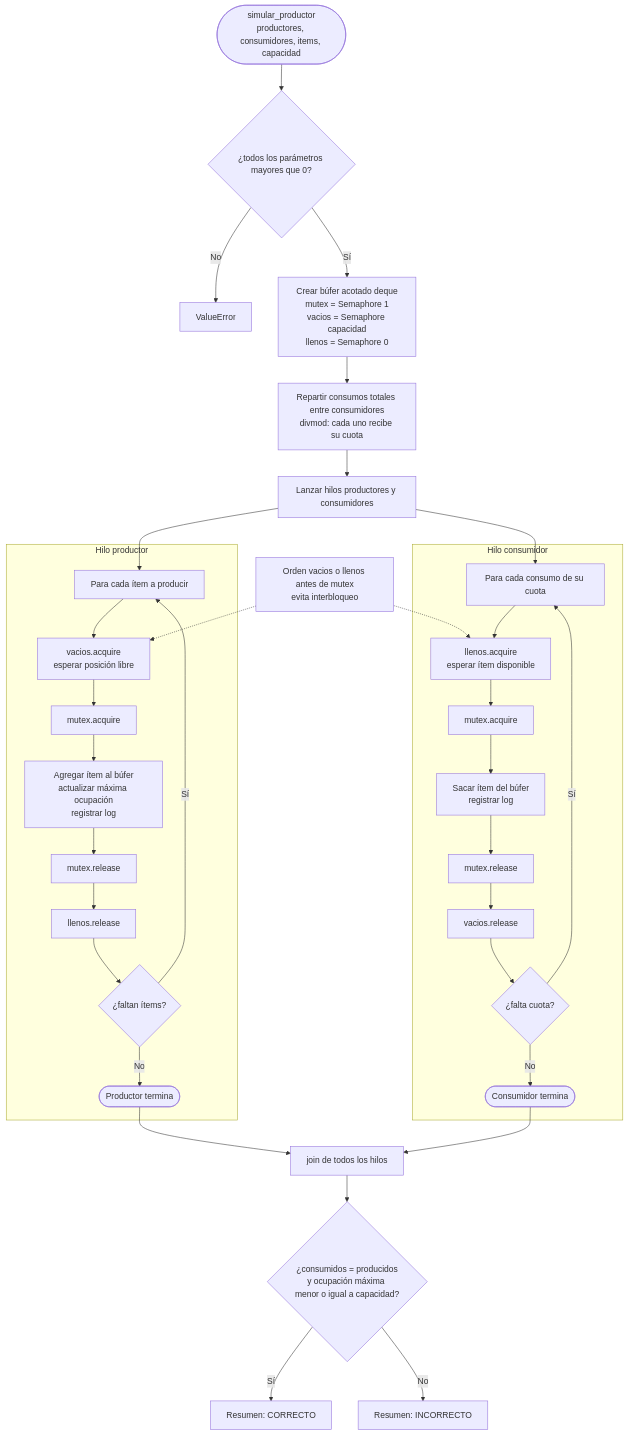
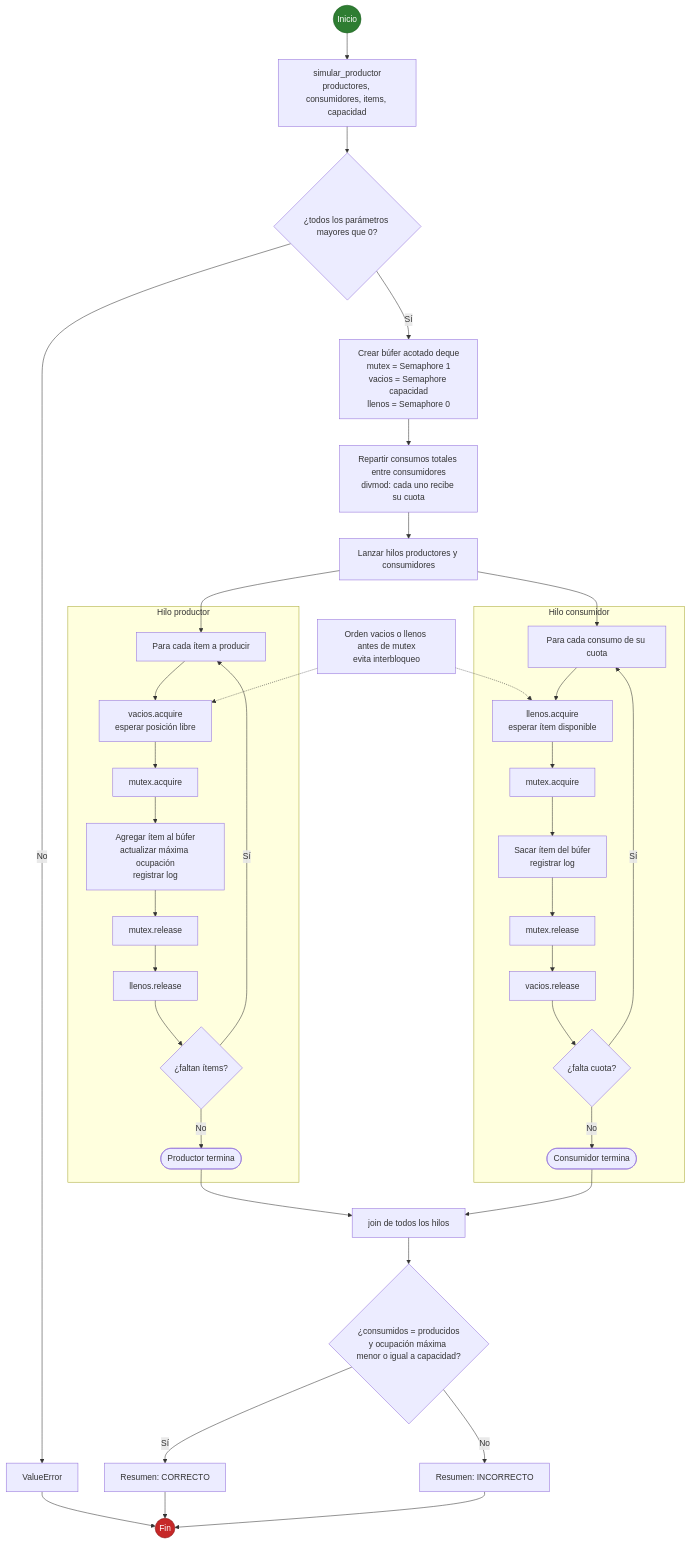
Before and after one commit to mjoacobf/SI421V_SW407V_Proyecto: the diagram in docs/flujogramas/12_productor_consumidor.mmd, drawn with Mermaid. The commit also changed 24 other files, not shown here.

```diff
--- a/docs/flujogramas/12_productor_consumidor.mmd
+++ b/docs/flujogramas/12_productor_consumidor.mmd
@@ -1,41 +1,51 @@
 flowchart TD
-    A(["simular_productor<br/>productores, consumidores, items, capacidad"]) --> B{"¿todos los parámetros mayores que 0?"}
+    INI(("Inicio")) --> A["simular_productor<br/>productores, consumidores, items, capacidad"]
+    A --> B{"¿todos los parámetros mayores que 0?"}
     B -- "No" --> BE["ValueError"]
     B -- "Sí" --> C["Crear búfer acotado deque<br/>mutex = Semaphore 1<br/>vacios = Semaphore capacidad<br/>llenos = Semaphore 0"]
     C --> D["Repartir consumos totales entre consumidores<br/>divmod: cada uno recibe su cuota"]
     D --> E["Lanzar hilos productores y consumidores"]
 
     E --> P0
     E --> C0
 
     subgraph PROD["Hilo productor"]
         P0["Para cada ítem a producir"] --> P1["vacios.acquire<br/>esperar posición libre"]
         P1 --> P2["mutex.acquire"]
         P2 --> P3["Agregar ítem al búfer<br/>actualizar máxima ocupación<br/>registrar log"]
         P3 --> P4["mutex.release"]
         P4 --> P5["llenos.release"]
         P5 --> P6{"¿faltan ítems?"}
         P6 -- "Sí" --> P0
         P6 -- "No" --> PF(["Productor termina"])
     end
 
     subgraph CONS["Hilo consumidor"]
         C0["Para cada consumo de su cuota"] --> C1["llenos.acquire<br/>esperar ítem disponible"]
         C1 --> C2["mutex.acquire"]
         C2 --> C3["Sacar ítem del búfer<br/>registrar log"]
         C3 --> C4["mutex.release"]
         C4 --> C5["vacios.release"]
         C5 --> C6{"¿falta cuota?"}
         C6 -- "Sí" --> C0
         C6 -- "No" --> CF(["Consumidor termina"])
     end
 
     PF --> J["join de todos los hilos"]
     CF --> J
     J --> V{"¿consumidos = producidos<br/>y ocupación máxima menor o igual a capacidad?"}
     V -- "Sí" --> OK["Resumen: CORRECTO"]
     V -- "No" --> KO["Resumen: INCORRECTO"]
 
     NOTA["Orden vacios o llenos antes de mutex<br/>evita interbloqueo"]
     NOTA -.-> P1
     NOTA -.-> C1
+    FIN(("Fin"))
+    BE --> FIN
+    OK --> FIN
+    KO --> FIN
+
+    classDef inicio fill:#2e7d32,stroke:#1b5e20,color:#ffffff
+    classDef fin fill:#c62828,stroke:#7f0000,color:#ffffff
+    class INI inicio
+    class FIN fin
```
